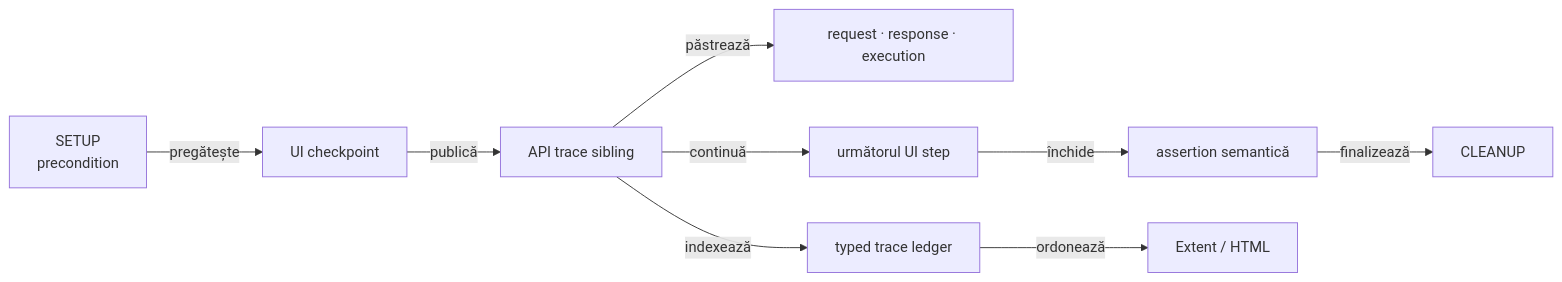
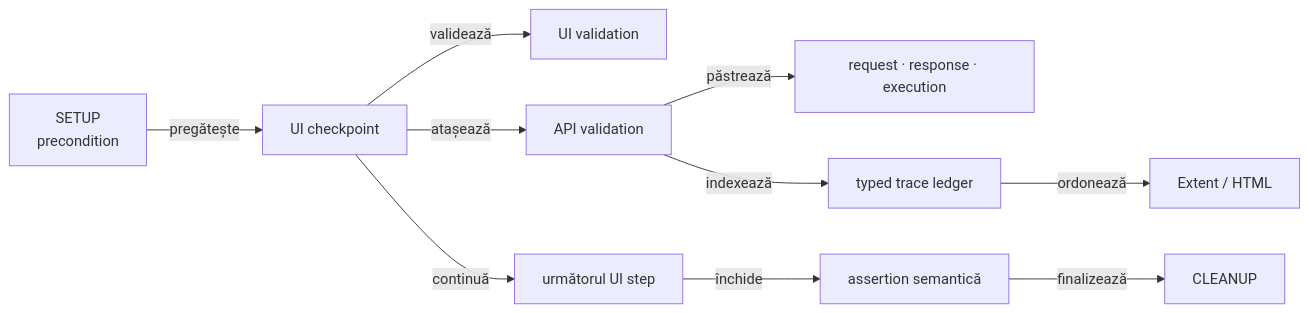
Before and after one commit to crististefanita/demo2: the first of 2 diagrams in docs/feedback/ATF_Request_Traceability_Feedback.md, drawn with Mermaid. The commit also changed other lines of this file and 65 other files, not shown here.

````diff
--- a/docs/feedback/ATF_Request_Traceability_Feedback.md
+++ b/docs/feedback/ATF_Request_Traceability_Feedback.md
@@ -32,11 +33,12 @@
 ```mermaid
 flowchart LR
     Setup["SETUP\nprecondition"] -->|pregătește| Ui["UI checkpoint"]
-    Ui -->|publică| Trace["API trace sibling"]
-    Trace -->|păstrează| Evidence["request · response · execution"]
-    Trace -->|continuă| Next["următorul UI step"]
+    Ui -->|validează| UiValidation["UI validation"]
+    Ui -->|atașează| ApiValidation["API validation"]
+    ApiValidation -->|păstrează| Evidence["request · response · execution"]
+    Ui -->|continuă| Next["următorul UI step"]
     Next -->|închide| Verdict["assertion semantică"]
     Verdict -->|finalizează| Cleanup["CLEANUP"]
-    Trace -->|indexează| Ledger["typed trace ledger"]
+    ApiValidation -->|indexează| Ledger["typed trace ledger"]
     Ledger -->|ordonează| Artifact["Extent / HTML"]
 ```
````
